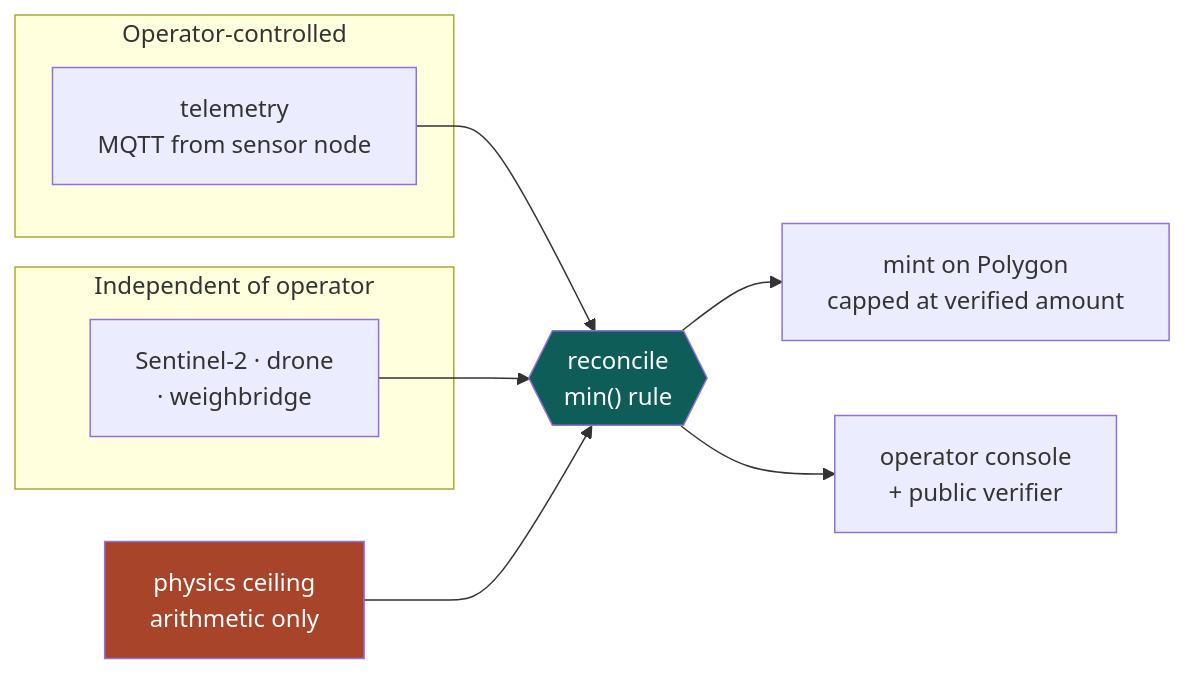
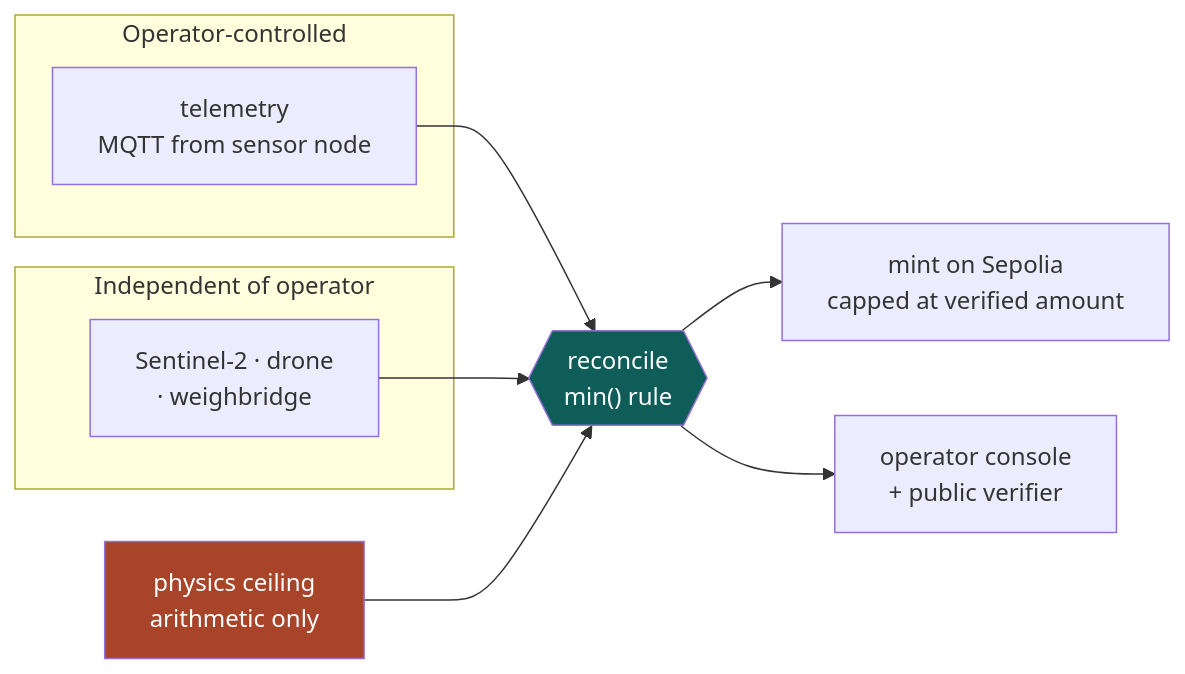
The diagram in README.md (Daksh2477/RunTimeZero), drawn with Mermaid before and after one commit. The commit also changed other lines of this file and 2 other files, not shown here.

Commit message:
record sepolia as the deployed chain and why it is not amoy

````diff
--- a/README.md
+++ b/README.md
@@ -70,19 +70,19 @@
 ```mermaid
 flowchart LR
     subgraph OP["Operator-controlled"]
         T["telemetry<br/>MQTT from sensor node"]
     end
     subgraph IND["Independent of operator"]
         S["Sentinel-2 · drone<br/>· weighbridge"]
     end
     PHYS["physics ceiling<br/>arithmetic only"]
 
     T --> R{{"reconcile<br/>min() rule"}}
     S --> R
     PHYS --> R
-    R --> CHAIN["mint on Polygon<br/>capped at verified amount"]
+    R --> CHAIN["mint on Sepolia<br/>capped at verified amount"]
     R --> UI["operator console<br/>+ public verifier"]
 
     style R fill:#0f5d58,color:#fff
     style PHYS fill:#a8442a,color:#fff
 ```
````
